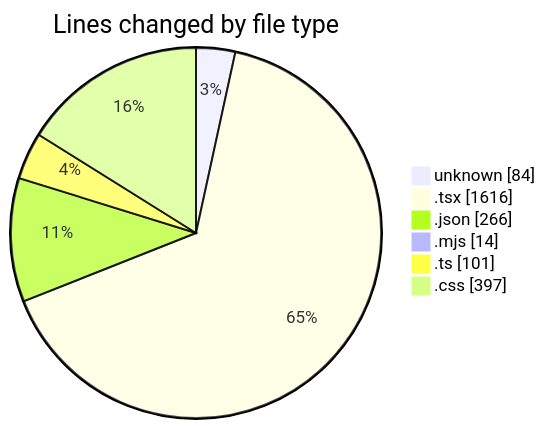
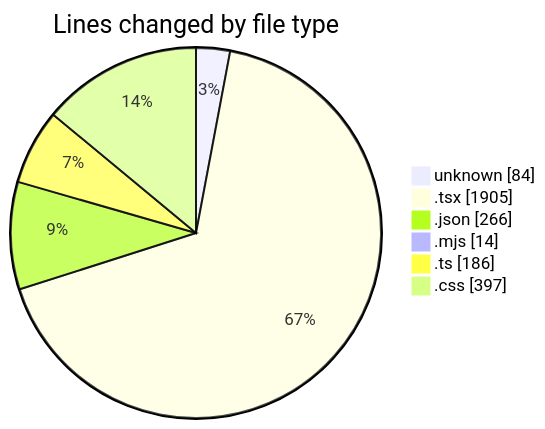
The first of 2 diagrams in 2025-05-15/niten/README.md (Elitesun/code-tracking), drawn with Mermaid before and after one commit. The commit also changed other lines of this file and 1 other file, not shown here.

````diff
--- a/2025-05-15/niten/README.md
+++ b/2025-05-15/niten/README.md
@@ -37,10 +39,10 @@
 ```mermaid
 pie showData
 title Lines changed by file type
 "unknown" : 84
-".tsx" : 1616
+".tsx" : 1905
 ".json" : 266
 ".mjs" : 14
-".ts" : 101
+".ts" : 186
 ".css" : 397
 ```
````
